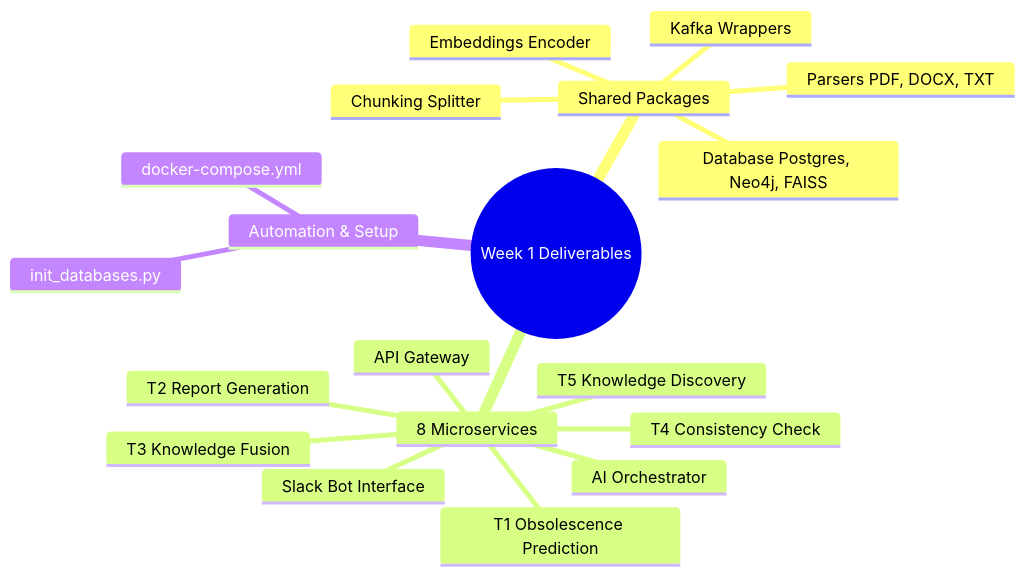
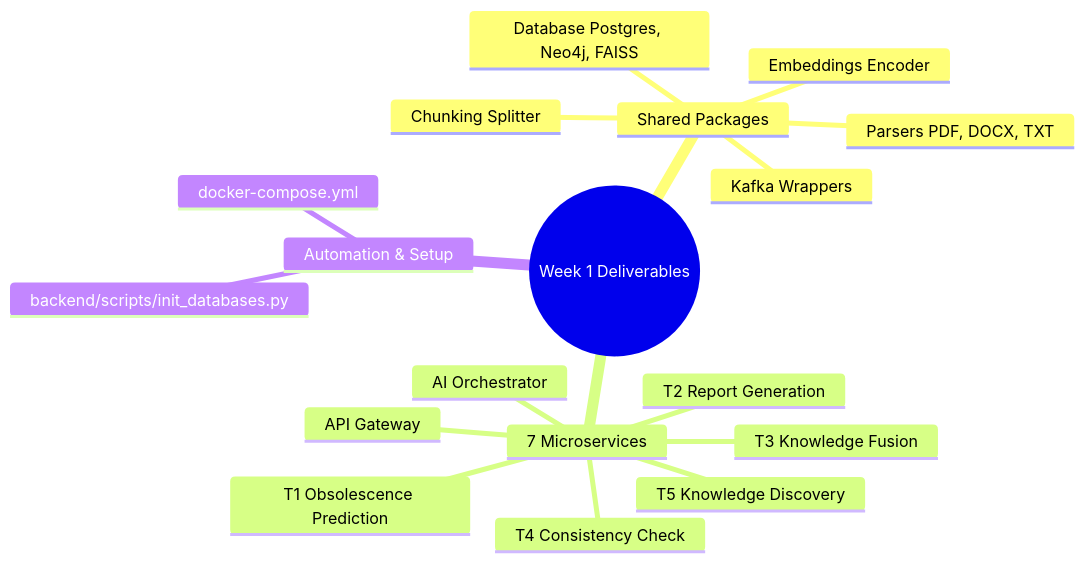
Before and after one commit to akram-dris/evo-know: the first of 2 diagrams in docs/results/1_week1_system_deployment_and_validation_report.md, drawn with Mermaid. The commit also changed other lines of this file and 2 other files, not shown here.

````diff
--- a/docs/results/1_week1_system_deployment_and_validation_report.md
+++ b/docs/results/1_week1_system_deployment_and_validation_report.md
@@ -24,22 +24,21 @@
 ```mermaid
 mindmap
   root((Week 1 Deliverables))
     Shared Packages
       Database Postgres, Neo4j, FAISS
       Kafka Wrappers
       Embeddings Encoder
       Chunking Splitter
       Parsers PDF, DOCX, TXT
-    8 Microservices
+    7 Microservices
       API Gateway
       T1 Obsolescence Prediction
       T2 Report Generation
       T3 Knowledge Fusion
       T4 Consistency Check
       T5 Knowledge Discovery
       AI Orchestrator
-      Slack Bot Interface
     Automation & Setup
-      init_databases.py
+      backend/scripts/init_databases.py
       docker-compose.yml
 ```
````
